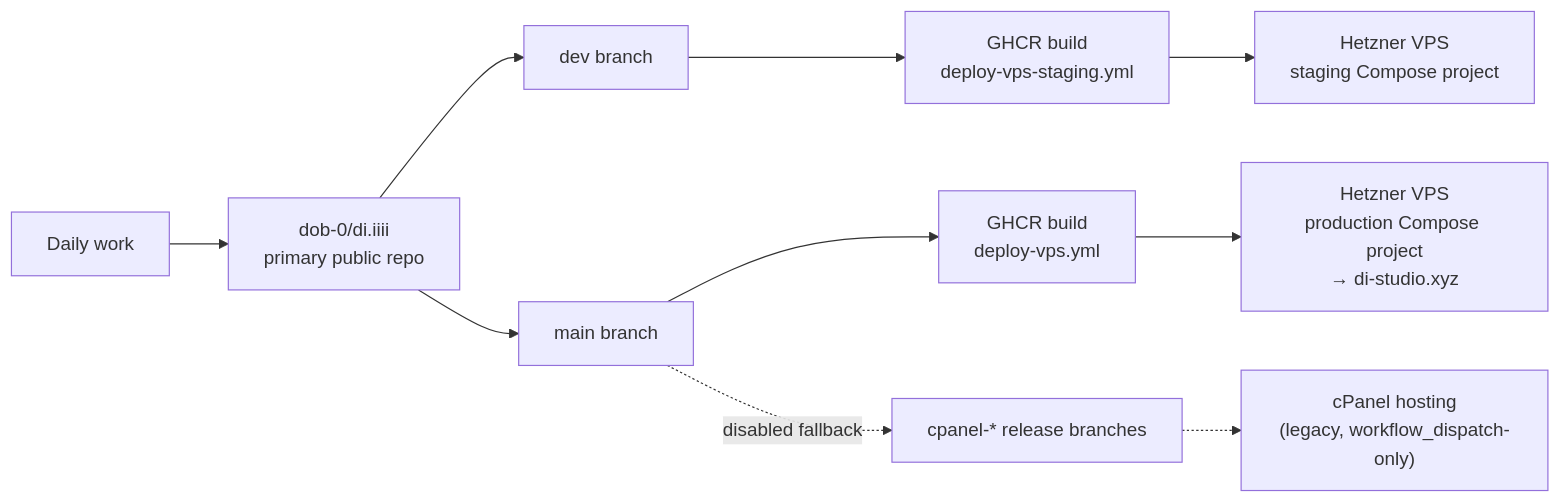
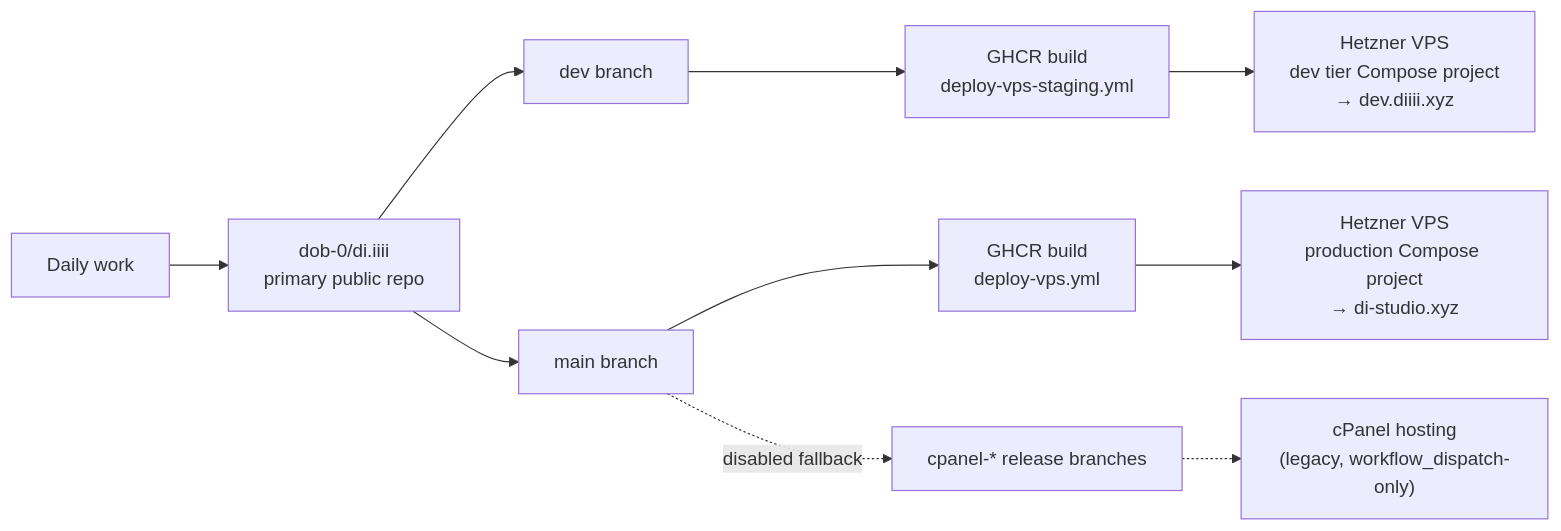
Before and after one commit to dob-0/di.iiii: the diagram in README.md, drawn with Mermaid. The commit also changed other lines of this file and 125 other files, not shown here.

First line of the commit message:
chore: retire "staging" — the tiers are local · dev · prod

````diff
--- a/README.md
+++ b/README.md
@@ -211,12 +211,12 @@
 ```mermaid
 flowchart LR
     work["Daily work"] --> dev["dob-0/di.iiii<br/>primary public repo"]
     dev --> branchDev["dev branch"]
     dev --> branchMain["main branch"]
     branchDev --> ghcrStaging["GHCR build<br/>deploy-vps-staging.yml"]
     branchMain --> ghcrProd["GHCR build<br/>deploy-vps.yml"]
-    ghcrStaging --> vpsStaging["Hetzner VPS<br/>staging Compose project"]
+    ghcrStaging --> vpsStaging["Hetzner VPS<br/>dev tier Compose project<br/>→ dev.diiii.xyz"]
     ghcrProd --> vpsProd["Hetzner VPS<br/>production Compose project<br/>→ di-studio.xyz"]
     branchMain -.disabled fallback.-> release["cpanel-* release branches"]
     release -.-> hosting["cPanel hosting<br/>(legacy, workflow_dispatch-only)"]
 ```
````
